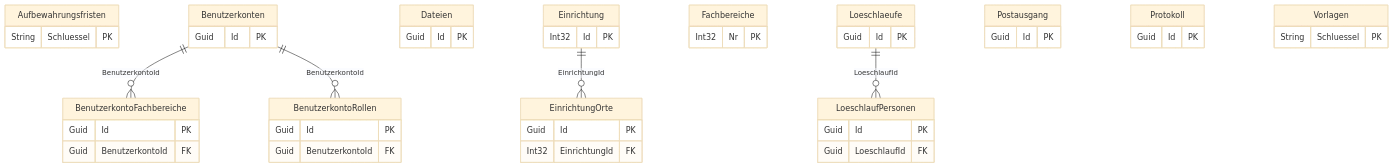
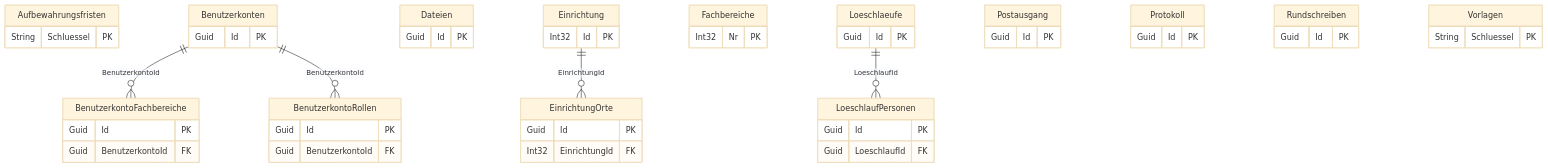
Before and after one commit to klaus-liebler/vibevhs: the eighth of 8 diagrams in docs/datenmodell.md, drawn with Mermaid (base theme). The commit also changed other lines of this file and 101 other files, not shown here.

````diff
--- a/docs/datenmodell.md
+++ b/docs/datenmodell.md
@@ -668,50 +708,53 @@
 ```mermaid
 erDiagram
     Aufbewahrungsfristen {
         String Schluessel PK
     }
     Benutzerkonten {
         Guid Id PK
     }
     BenutzerkontoFachbereiche {
         Guid Id PK
         Guid BenutzerkontoId FK
     }
     BenutzerkontoRollen {
         Guid Id PK
         Guid BenutzerkontoId FK
     }
     Dateien {
         Guid Id PK
     }
     Einrichtung {
         Int32 Id PK
     }
     EinrichtungOrte {
         Guid Id PK
         Int32 EinrichtungId FK
     }
     Fachbereiche {
         Int32 Nr PK
     }
     Loeschlaeufe {
         Guid Id PK
     }
     LoeschlaufPersonen {
         Guid Id PK
         Guid LoeschlaufId FK
     }
     Postausgang {
         Guid Id PK
     }
     Protokoll {
         Guid Id PK
     }
+    Rundschreiben {
+        Guid Id PK
+    }
     Vorlagen {
         String Schluessel PK
     }
     Benutzerkonten ||--o{ BenutzerkontoFachbereiche : "BenutzerkontoId"
     Benutzerkonten ||--o{ BenutzerkontoRollen : "BenutzerkontoId"
     Einrichtung ||--o{ EinrichtungOrte : "EinrichtungId"
     Loeschlaeufe ||--o{ LoeschlaufPersonen : "LoeschlaufId"
 ```
````
